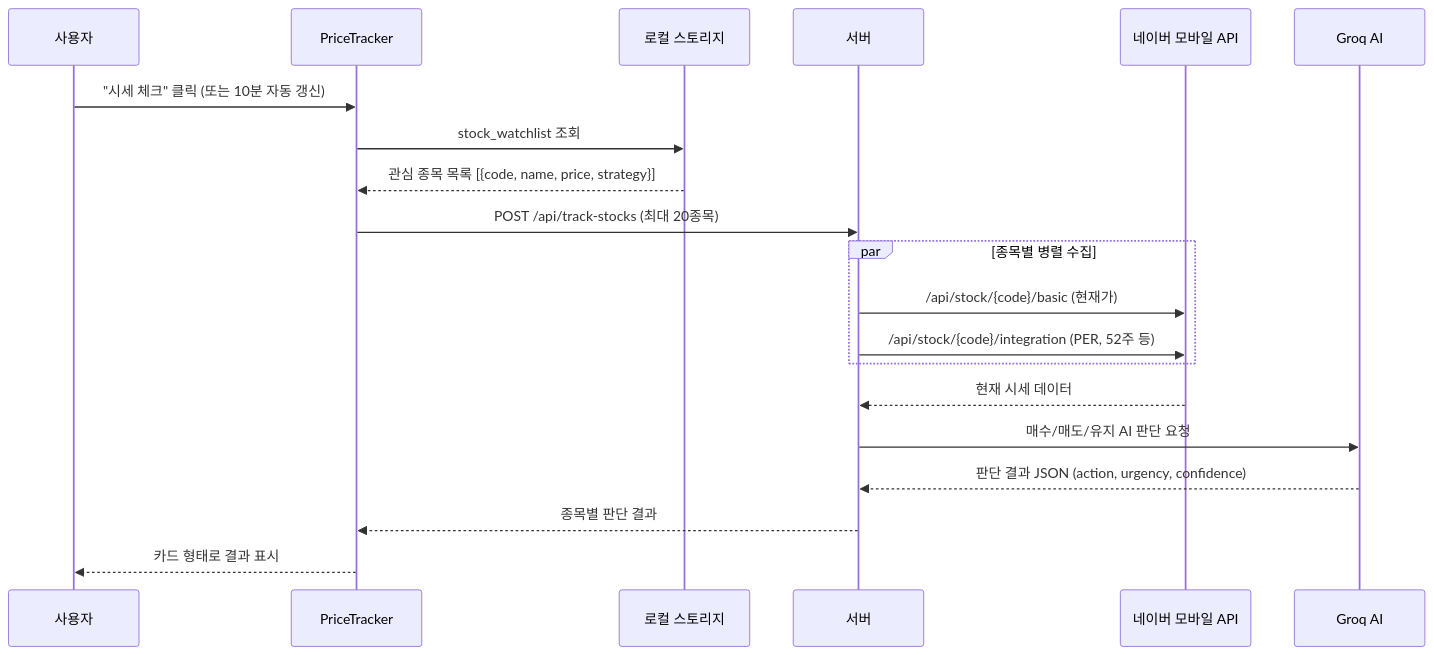
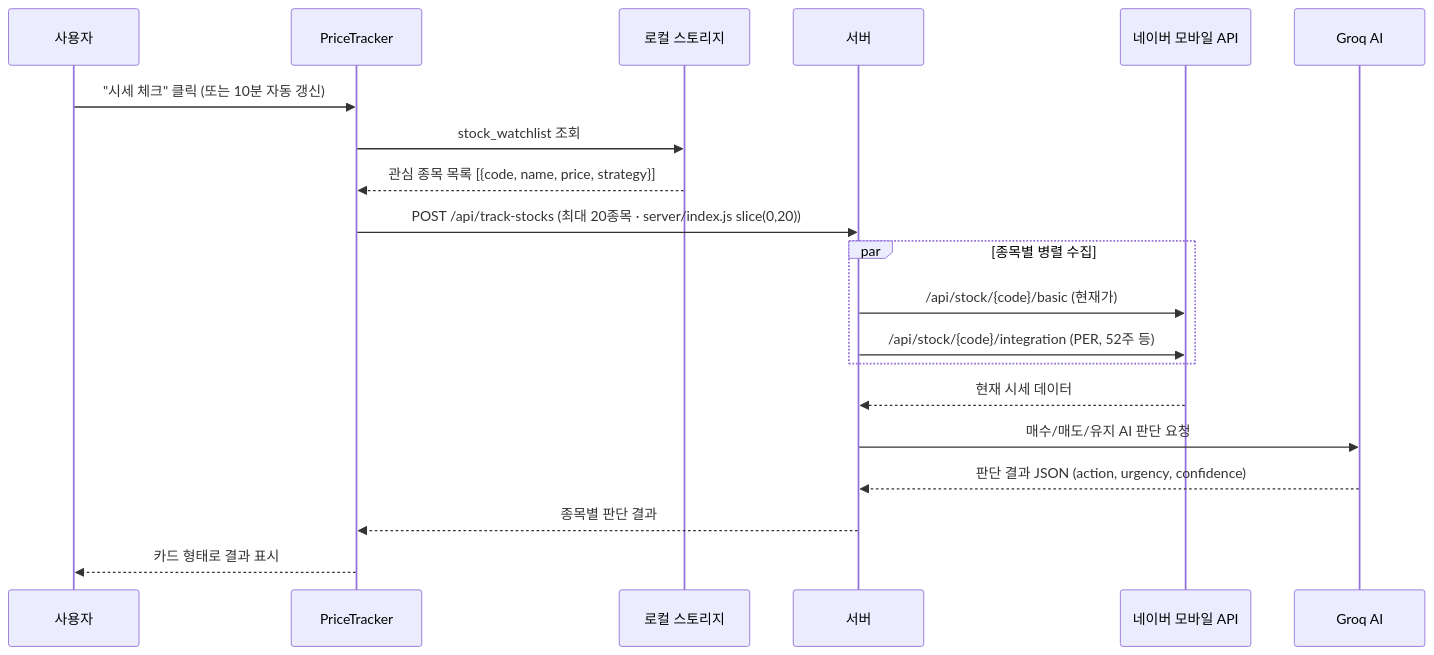
The sixth of 7 diagrams in ARCHITECTURE.md (jasonkim94/stock-agent), drawn with Mermaid before and after one commit. The commit also changed other lines of this file, not shown here.

First line of the commit message:
Refine ARCHITECTURE.md: add cache TTL rationale and verify hard limits

````diff
--- a/ARCHITECTURE.md
+++ b/ARCHITECTURE.md
@@ -212,23 +212,23 @@
 ```mermaid
 sequenceDiagram
     participant U as 사용자
     participant C as PriceTracker
     participant LS as 로컬 스토리지
     participant S as 서버
     participant N as 네이버 모바일 API
     participant G as Groq AI
 
     U->>C: "시세 체크" 클릭 (또는 10분 자동 갱신)
     C->>LS: stock_watchlist 조회
     LS-->>C: 관심 종목 목록 [{code, name, price, strategy}]
-    C->>S: POST /api/track-stocks (최대 20종목)
+    C->>S: POST /api/track-stocks (최대 20종목 · server/index.js slice(0,20))
     par 종목별 병렬 수집
         S->>N: /api/stock/{code}/basic (현재가)
         S->>N: /api/stock/{code}/integration (PER, 52주 등)
     end
     N-->>S: 현재 시세 데이터
     S->>G: 매수/매도/유지 AI 판단 요청
     G-->>S: 판단 결과 JSON (action, urgency, confidence)
     S-->>C: 종목별 판단 결과
     C-->>U: 카드 형태로 결과 표시
 ```
````
